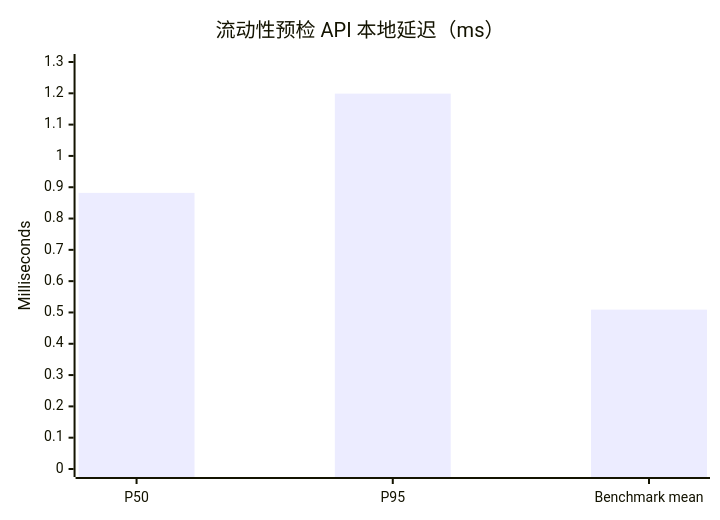
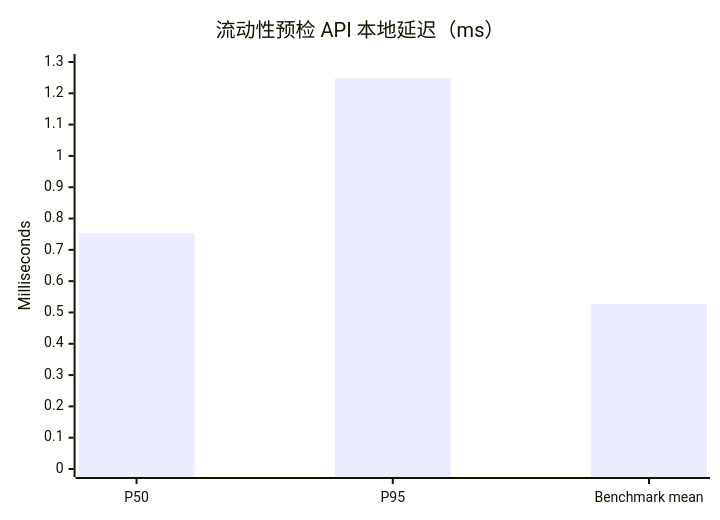
Before and after one commit to cffa-as/bankagent: the diagram in benchmark/evaluation-latency.mmd, drawn with Mermaid. The commit also changed 30 other files, not shown here.

```diff
--- a/benchmark/evaluation-latency.mmd
+++ b/benchmark/evaluation-latency.mmd
@@ -1,5 +1,5 @@
 xychart-beta
     title "流动性预检 API 本地延迟（ms）"
     x-axis ["P50", "P95", "Benchmark mean"]
     y-axis "Milliseconds" 0 --> 1.3
-    bar [0.882, 1.199, 0.509]
+    bar [0.754, 1.248, 0.526]
```
